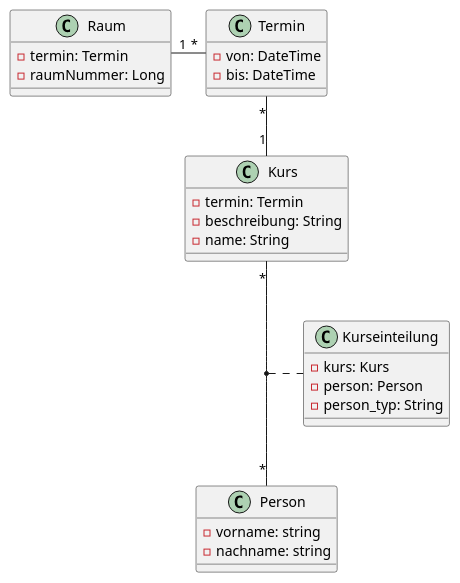
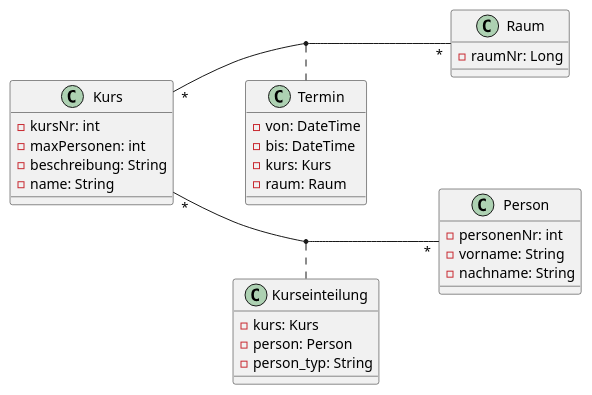
The diagram in asciidocs/plantuml/Tanzverein.puml (2122-4ahif-nvs/01-microproject-HautzmayerSheila), drawn with PlantUML before and after one commit. The commit also changed 15 other files, not shown here.

```diff
--- a/asciidocs/plantuml/Tanzverein.puml
+++ b/asciidocs/plantuml/Tanzverein.puml
@@ -1,43 +1,42 @@
 @startuml
-'https://plantuml.com/class-diagram
+left to right direction
 
 
 class Raum{
-    -termin: Termin
-    -raumNummer: Long
+    -raumNr: Long
 }
 
 
 class Kurs{
-    -termin: Termin
+    -kursNr: int
+    -maxPersonen: int
     -beschreibung: String
     -name: String
 }
 
 class Kurseinteilung{
     -kurs: Kurs
     -person: Person
     -person_typ: String
 }
 
 class Person{
-    -vorname: string
-    -nachname: string
+    -personenNr: int
+    -vorname: String
+    -nachname: String
 }
 
 class Termin{
     -von: DateTime
     -bis: DateTime
+    -kurs: Kurs
+    -raum: Raum
 }
 
 
 Kurs "*" -- "*" Person
-Termin "*" -- "1" Kurs
-Termin "*" -l- "1" Raum
+Kurs "*" -- "*" Raum
 
+(Raum, Kurs) .. Termin
 (Kurs, Person) .. Kurseinteilung
-
-
-
-
 @enduml
```
